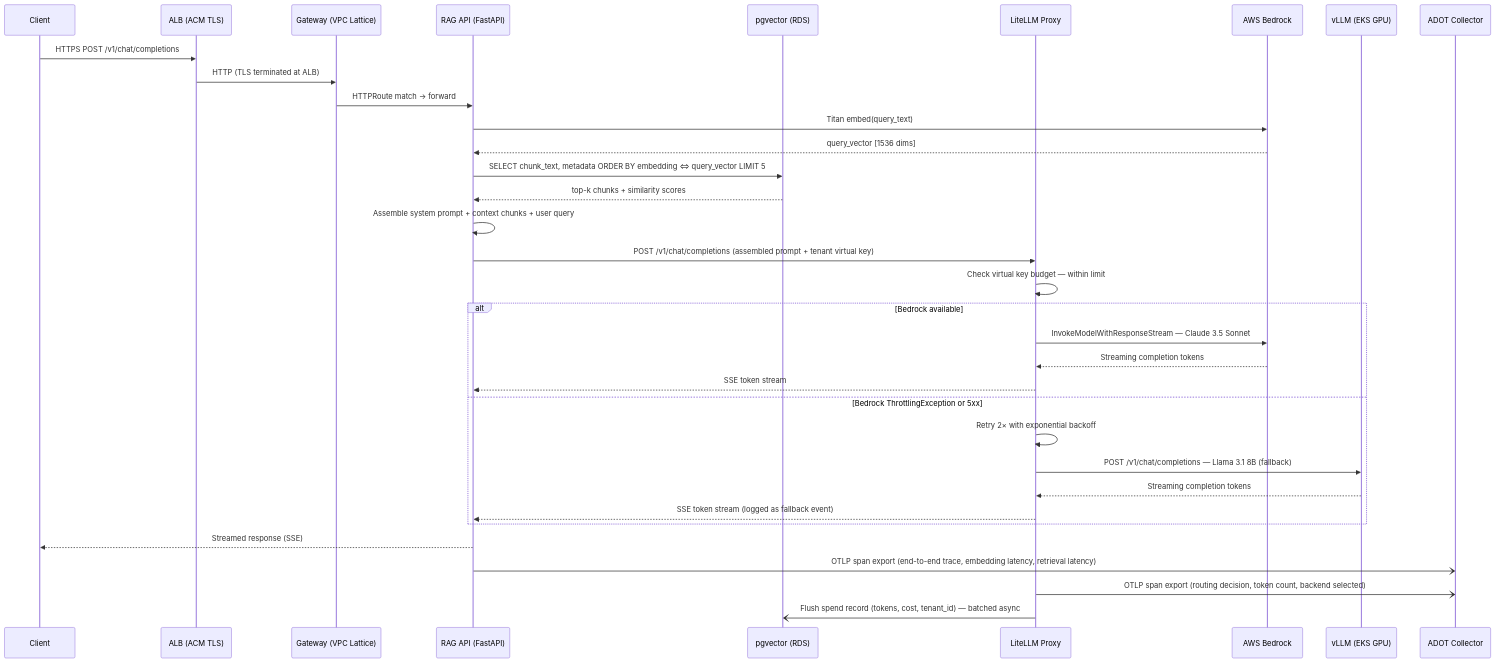
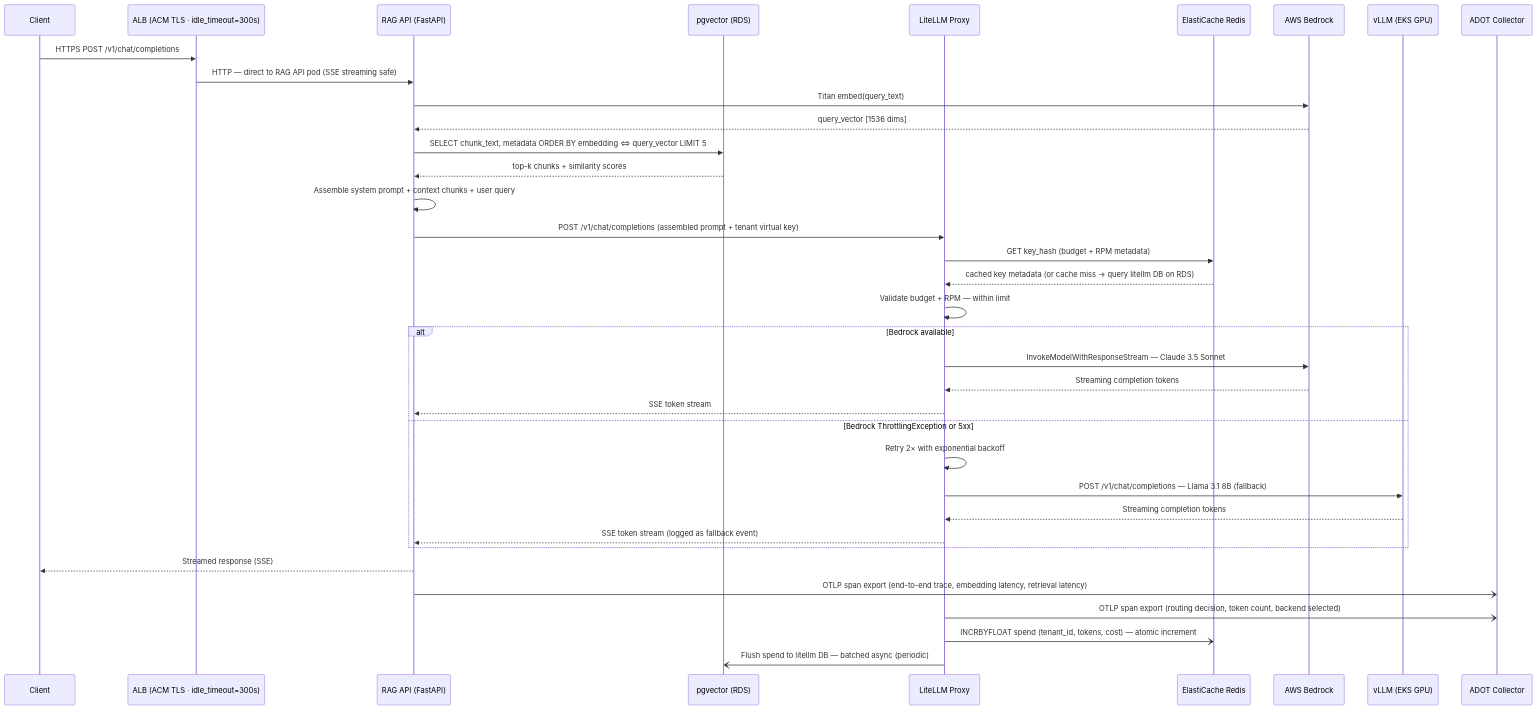
One commit to girishn/rag-platform-eks changed the diagram in docs/architecture/03-request-flow.md. Above: the diagram before and after it, drawn with Mermaid. The commit also changed 24 other files, not shown here.

First line of the commit message:
Refactor architectural decisions and update ADRs for RAG platform

````diff
--- a/docs/architecture/03-request-flow.md
+++ b/docs/architecture/03-request-flow.md
@@ -7,49 +7,51 @@
 ```mermaid
 sequenceDiagram
     participant C as Client
-    participant A as ALB (ACM TLS)
-    participant G as Gateway (VPC Lattice)
+    participant A as ALB (ACM TLS · idle_timeout=300s)
     participant R as RAG API (FastAPI)
     participant P as pgvector (RDS)
     participant L as LiteLLM Proxy
+    participant Redis as ElastiCache Redis
     participant B as AWS Bedrock
     participant V as vLLM (EKS GPU)
     participant ADOT as ADOT Collector
 
     C->>A: HTTPS POST /v1/chat/completions
-    A->>G: HTTP (TLS terminated at ALB)
-    G->>R: HTTPRoute match → forward
+    A->>R: HTTP — direct to RAG API pod (SSE streaming safe)
 
     %% Query embedding
     R->>B: Titan embed(query_text)
     B-->>R: query_vector [1536 dims]
 
     %% Vector retrieval
     R->>P: SELECT chunk_text, metadata ORDER BY embedding <=> query_vector LIMIT 5
     P-->>R: top-k chunks + similarity scores
 
     %% Prompt assembly
     R->>R: Assemble system prompt + context chunks + user query
 
-    %% LLM routing
+    %% LLM routing — key validation via Redis cache
     R->>L: POST /v1/chat/completions (assembled prompt + tenant virtual key)
-    L->>L: Check virtual key budget — within limit
+    L->>Redis: GET key_hash (budget + RPM metadata)
+    Redis-->>L: cached key metadata (or cache miss → query litellm DB on RDS)
+    L->>L: Validate budget + RPM — within limit
 
     alt Bedrock available
         L->>B: InvokeModelWithResponseStream — Claude 3.5 Sonnet
         B-->>L: Streaming completion tokens
         L-->>R: SSE token stream
     else Bedrock ThrottlingException or 5xx
         L->>L: Retry 2× with exponential backoff
         L->>V: POST /v1/chat/completions — Llama 3.1 8B (fallback)
         V-->>L: Streaming completion tokens
         L-->>R: SSE token stream (logged as fallback event)
     end
 
     R-->>C: Streamed response (SSE)
 
-    %% Async observability
+    %% Async observability + spend tracking
     R-)ADOT: OTLP span export (end-to-end trace, embedding latency, retrieval latency)
     L-)ADOT: OTLP span export (routing decision, token count, backend selected)
-    L-)P: Flush spend record (tokens, cost, tenant_id) — batched async
+    L-)Redis: INCRBYFLOAT spend (tenant_id, tokens, cost) — atomic increment
+    L-)P: Flush spend to litellm DB — batched async (periodic)
 ```
````
